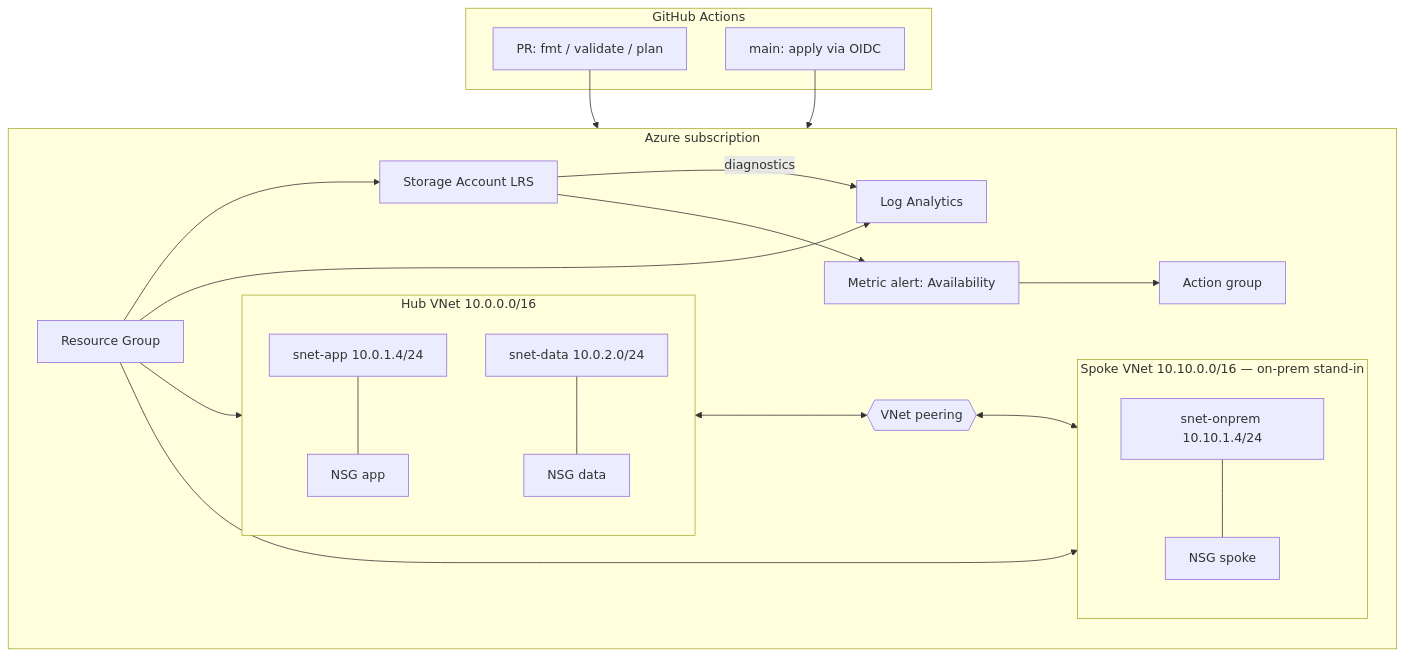
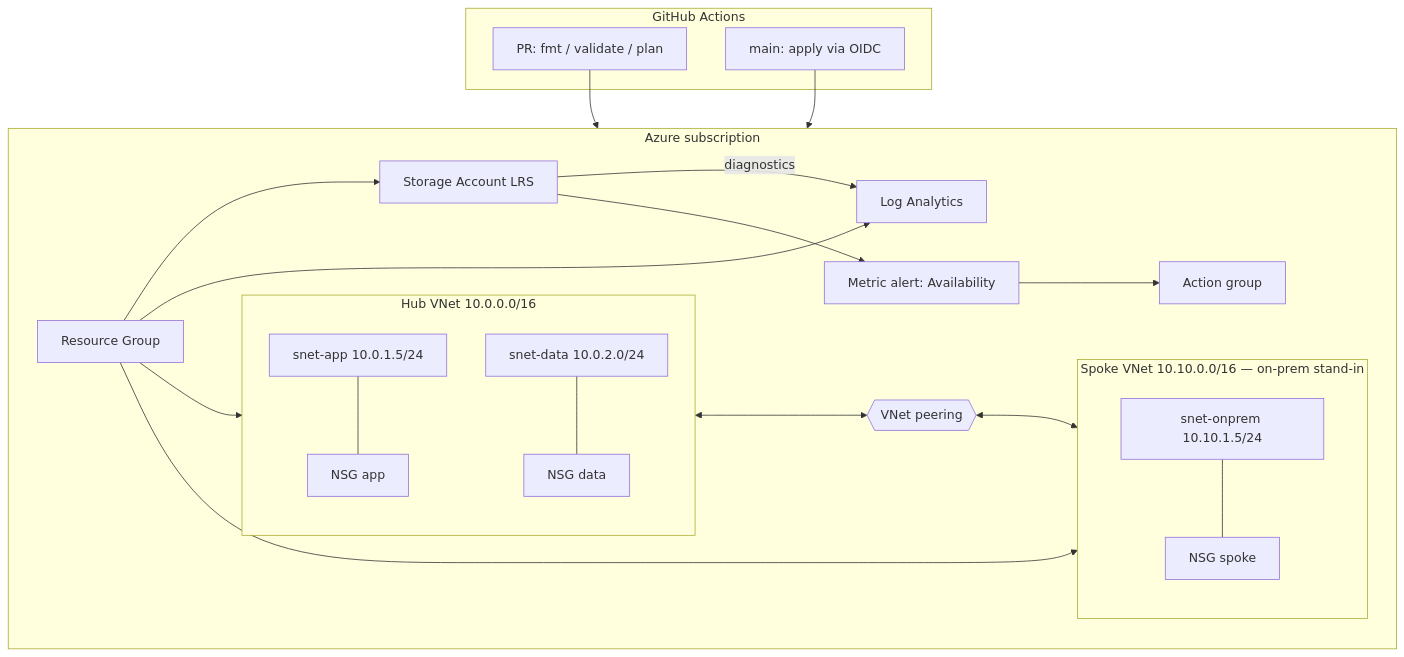
One commit to jeremylongshore/azure-landing-zone-starter changed the diagram in README.md. Above: the diagram before and after it, drawn with Mermaid. The commit also changed 2 other files, not shown here.

````diff
--- a/README.md
+++ b/README.md
@@ -30,45 +30,45 @@
 ```mermaid
 flowchart TB
   subgraph gh [GitHub Actions]
     PR[PR: fmt / validate / plan]
     MAIN[main: apply via OIDC]
   end
 
   subgraph azure [Azure subscription]
     RG[Resource Group]
 
     subgraph hub [Hub VNet 10.0.0.0/16]
-      APP[snet-app 10.0.1.4/24]
+      APP[snet-app 10.0.1.5/24]
       DATA[snet-data 10.0.2.0/24]
       NSG_A[NSG app]
       NSG_D[NSG data]
       APP --- NSG_A
       DATA --- NSG_D
     end
 
     subgraph spoke [Spoke VNet 10.10.0.0/16 — on-prem stand-in]
-      ONPREM[snet-onprem 10.10.1.4/24]
+      ONPREM[snet-onprem 10.10.1.5/24]
       NSG_S[NSG spoke]
       ONPREM --- NSG_S
     end
 
     PEER{{VNet peering}}
     hub <--> PEER <--> spoke
 
     SA[Storage Account LRS]
     LAW[Log Analytics]
     ALERT[Metric alert: Availability]
     AG[Action group]
 
     RG --> hub
     RG --> spoke
     RG --> SA
     RG --> LAW
     SA -->|diagnostics| LAW
     SA --> ALERT
     ALERT --> AG
   end
 
   PR --> azure
   MAIN --> azure
 ```
````
